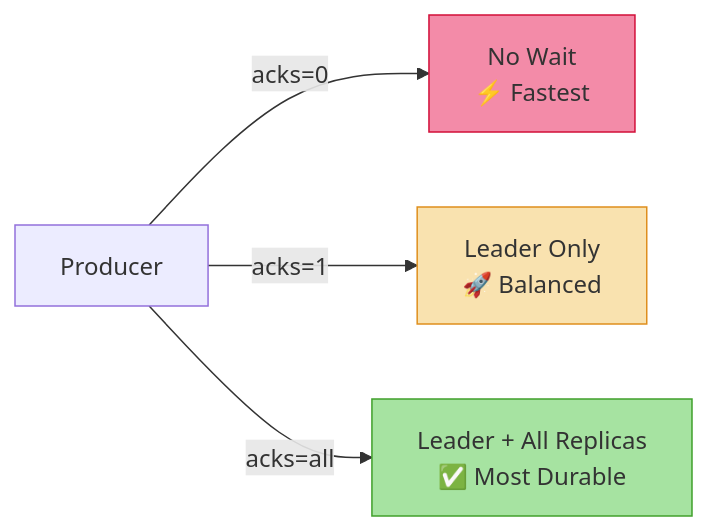
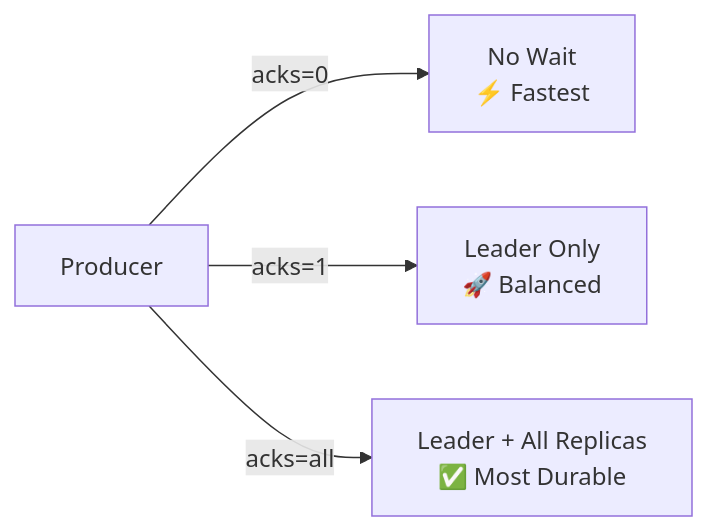
The second of 3 diagrams in docs/how-to/kafka-produce-messages.md (mombe090/techdocs), drawn with Mermaid before and after one commit. The commit also changed other lines of this file and 11 other files, not shown here.

First line of the commit message:
style: remove hardcoded Mermaid diagram colors for dark mode compatibility

````diff
--- a/docs/how-to/kafka-produce-messages.md
+++ b/docs/how-to/kafka-produce-messages.md
@@ -724,10 +722,7 @@
 ```mermaid
 graph LR
     A[Producer] -->|acks=0| B["No Wait<br/>⚡ Fastest"]
     A -->|acks=1| C["Leader Only<br/>🚀 Balanced"]
     A -->|acks=all| D["Leader + All Replicas<br/>✅ Most Durable"]
 
-    style B fill:#f38ba8,stroke:#d20f39
-    style C fill:#f9e2af,stroke:#df8e1d
-    style D fill:#a6e3a1,stroke:#40a02b
 ```
````
